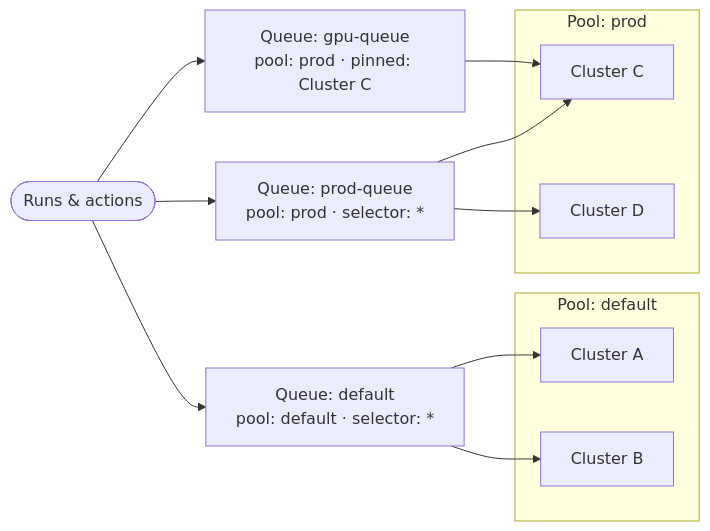
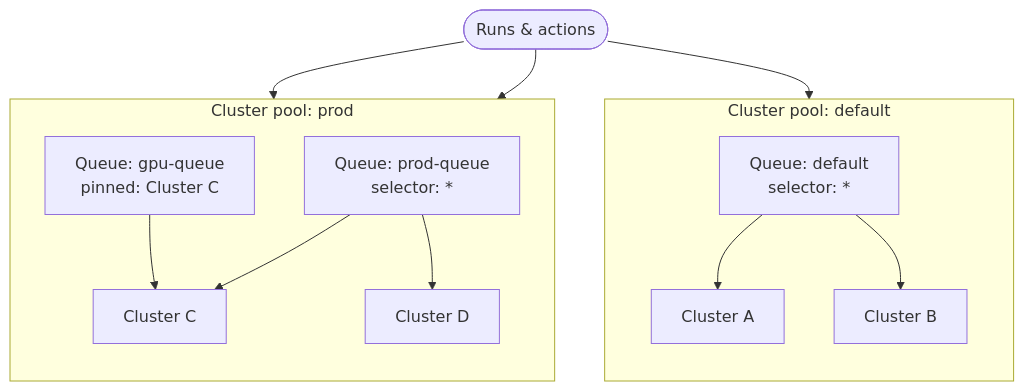
One commit to unionai/unionai-docs changed the diagram in content/user-guide/cluster-workload-management/queues.md. Above: the diagram before and after it, drawn with Mermaid. The commit also changed other lines of this file and 1 other file, not shown here.

Commit message:
Fix cluster pool routing model: pools are isolation boundaries
The routing schematics drew queues as external things pointing at a pool
("Queue --routes to--> Pool"). That is backwards. Correct the mental model
across the section:

- A cluster pool is a namespace of isolation. Both clusters AND queues live
  inside one pool and share its data plane.
- Users submit to queues; a queue routes to one or more clusters within its
  own pool, never across pools.
- Crossing a pool boundary means physically moving the workload's data,
  containers (images), code, and secrets into the destination pool's data
  plane — pools do not connect in place.

Changes:
- _index.md: reframe concept bullets; redraw hierarchy diagram with queues
  inside pool subgraphs routing to clusters; add "Crossing a pool boundary".
- queues.md: redraw routing schematic with queues inside their pool boxes;
  reword intro, --cluster-pool, and drain rationale to the "lives in a pool"
  framing and the full data/containers/code/secrets set.

````diff
--- a/content/user-guide/cluster-workload-management/queues.md
+++ b/content/user-guide/cluster-workload-management/queues.md
@@ -25,23 +26,28 @@
 ```mermaid
-flowchart LR
+flowchart TD
     R(["Runs &amp; actions"])
 
-    R --> QD["Queue: default<br/>pool: default · selector: *"]
-    R --> QG["Queue: gpu-queue<br/>pool: prod · pinned: Cluster C"]
-    R --> QP["Queue: prod-queue<br/>pool: prod · selector: *"]
-
-    subgraph Pdef["Pool: default"]
+    subgraph Pdef["Cluster pool: default"]
+        direction TB
+        QD["Queue: default<br/>selector: *"]
         CA["Cluster A"]
         CB["Cluster B"]
+        QD --> CA
+        QD --> CB
     end
-    subgraph Pprod["Pool: prod"]
+
+    subgraph Pprod["Cluster pool: prod"]
+        direction TB
+        QP["Queue: prod-queue<br/>selector: *"]
+        QG["Queue: gpu-queue<br/>pinned: Cluster C"]
         CC["Cluster C"]
         CD["Cluster D"]
+        QP --> CC
+        QP --> CD
+        QG --> CC
     end
 
-    QD --> CA
-    QD --> CB
-    QG --> CC
-    QP --> CC
-    QP --> CD
+    R --> QD
+    R --> QP
+    R --> QG
 ```
````
